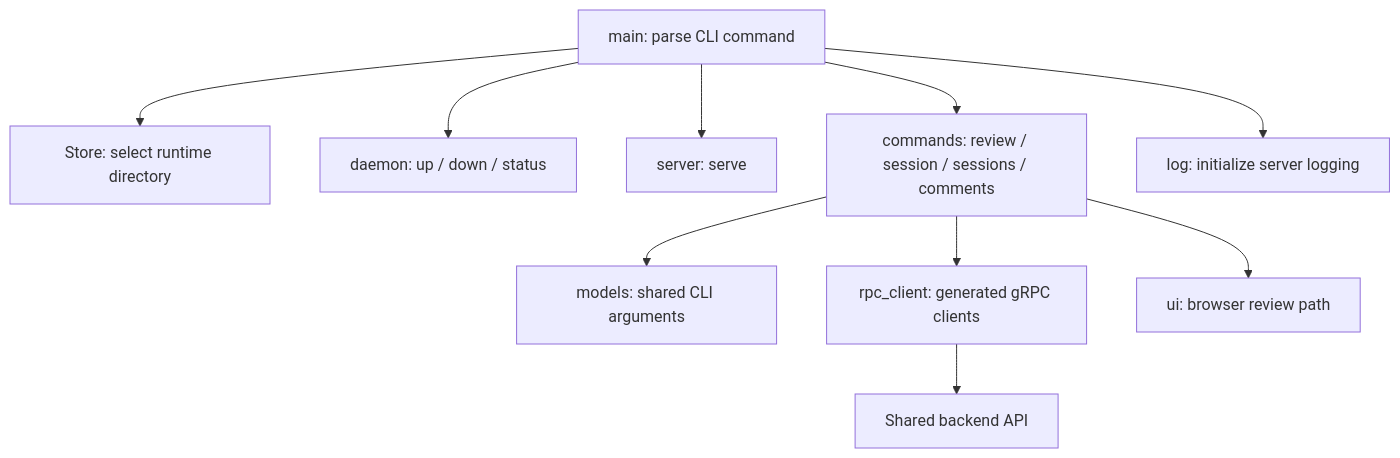
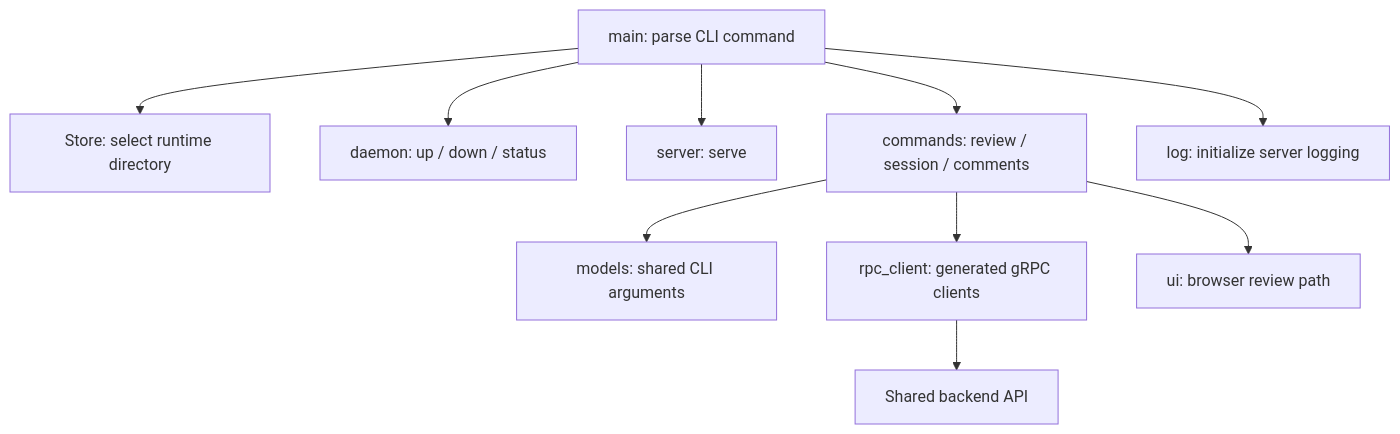
Before and after one commit to difflab-io/lgtm: the first of 3 diagrams in docs/architecture/cli/index.md, drawn with Mermaid. The commit also changed other lines of this file and 15 other files, not shown here.

Commit message:
refactor(cli): unify session commands and move test hooks into Mise

````diff
--- a/docs/architecture/cli/index.md
+++ b/docs/architecture/cli/index.md
@@ -50,12 +50,12 @@
 ```mermaid
 flowchart TD
     MAIN["main: parse CLI command"] --> STORE["Store: select runtime directory"]
     MAIN --> DAEMON["daemon: up / down / status"]
     MAIN --> SERVER["server: serve"]
-    MAIN --> COMMANDS["commands: review / session / sessions / comments"]
+    MAIN --> COMMANDS["commands: review / session / comments"]
     COMMANDS --> MODELS["models: shared CLI arguments"]
     COMMANDS --> CLIENT["rpc_client: generated gRPC clients"]
     COMMANDS --> UI["ui: browser review path"]
     CLIENT --> BACKEND["Shared backend API"]
     MAIN --> LOG["log: initialize server logging"]
 ```
````
